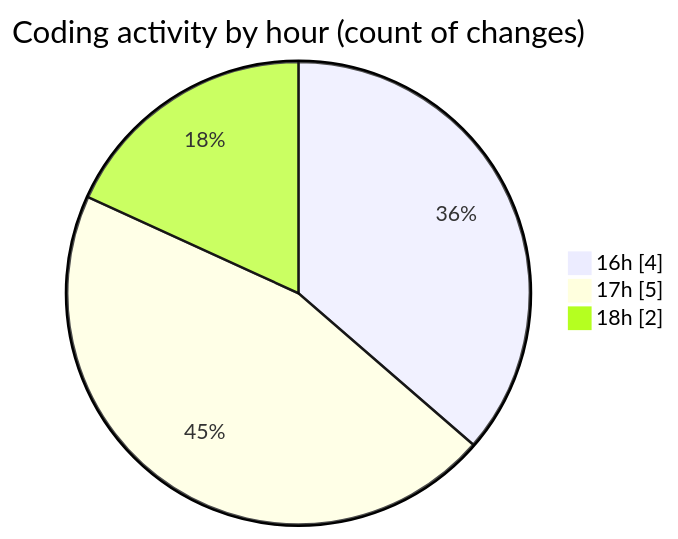
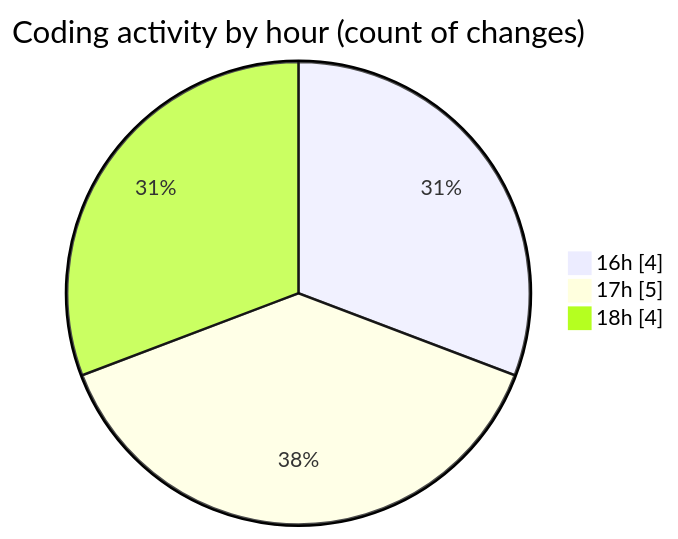
Before and after one commit to EIIisD/code-tracking: the second of 2 diagrams in 2025-07-12/cursor-openrouter-proxy/README.md, drawn with Mermaid. The commit also changed other lines of this file and 1 other file, not shown here.

````diff
--- a/2025-07-12/cursor-openrouter-proxy/README.md
+++ b/2025-07-12/cursor-openrouter-proxy/README.md
@@ -32,7 +33,7 @@
 ```mermaid
 pie showData
 title Coding activity by hour (count of changes)
 "16h" : 4
 "17h" : 5
-"18h" : 2
+"18h" : 4
 ```
````
